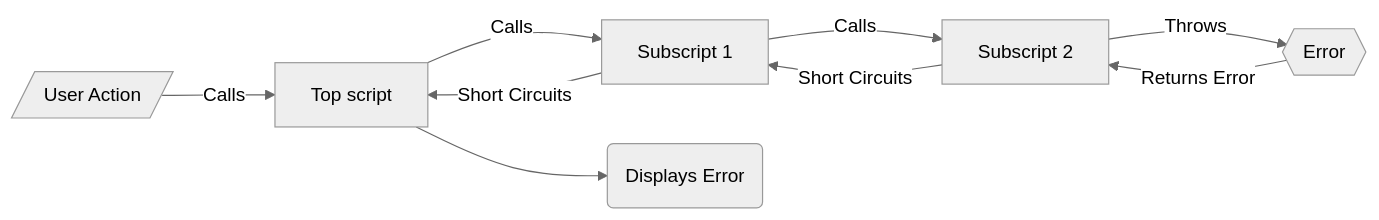
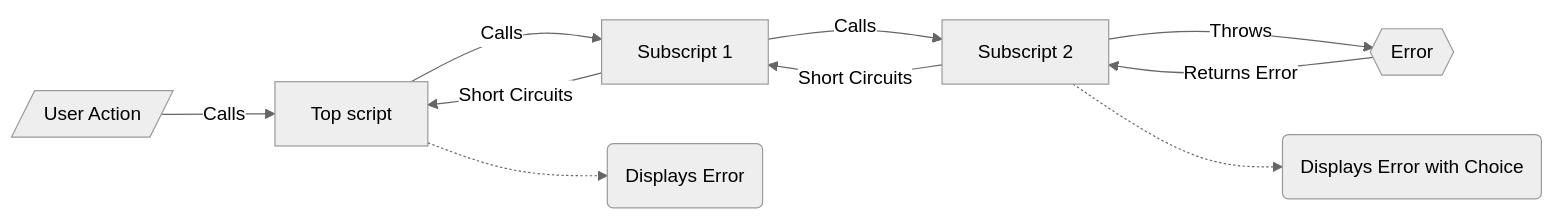
The second of 2 diagrams in Error_Trapping_Returning.md (CloudChi/FX-Framework), drawn with Mermaid (neutral theme) before and after one commit. The commit also changed 5 other files, not shown here.

````diff
--- a/Error_Trapping_Returning.md
+++ b/Error_Trapping_Returning.md
@@ -30,11 +30,12 @@
 ```mermaid
 graph LR
     A[/User Action/] -- Calls --> B[Top script] 
     B -- Calls --> C[Subscript 1] 
     C -- Calls --> D[Subscript 2] 
     D -- Throws --> E{{Error}}
     E -- Returns Error --> D
     D -- Short Circuits --> C
     C -- Short Circuits --> B
-    B --> H(Displays Error)    
+    B -.-> H(Displays Error)
+    D -.-> G(Displays Error with Choice)
 ```
````
